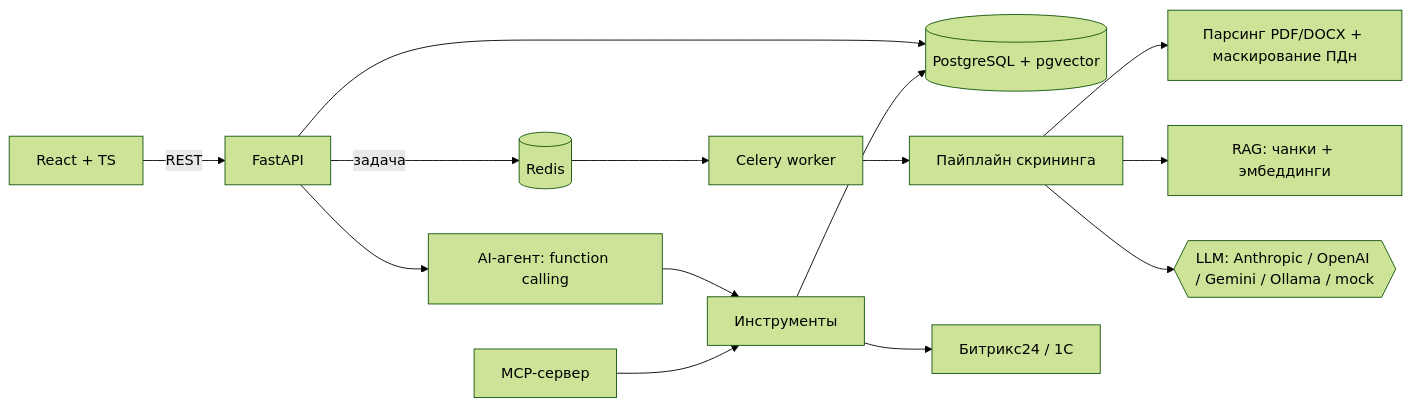
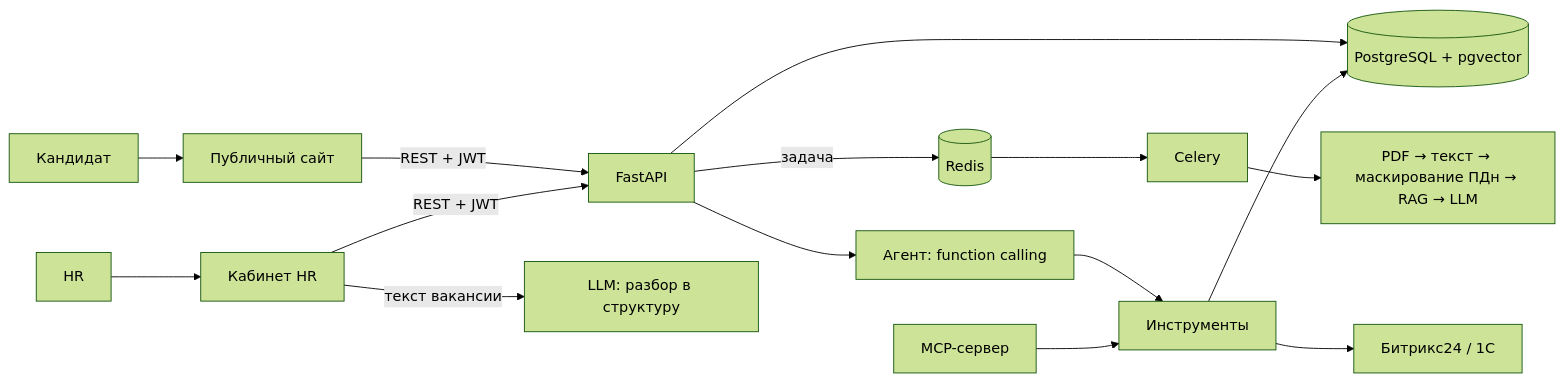
The diagram in README.md (menomarmyn/hr-screening), drawn with Mermaid (forest theme) before and after one commit. The commit also changed other lines of this file and 61 other files, not shown here.

First line of the commit message:
Двусторонний сайт: роли и права, отклики с PDF, вакансия из свободного текста, новый дизайн

````diff
--- a/README.md
+++ b/README.md
@@ -47,16 +55,13 @@
 ```mermaid
 flowchart LR
-  UI[React + TS] -->|REST| API[FastAPI]
+  C[Кандидат] --> SITE[Публичный сайт]
+  H[HR] --> CAB[Кабинет HR]
+  SITE & CAB -->|REST + JWT| API[FastAPI]
   API --> PG[(PostgreSQL + pgvector)]
-  API -->|задача| R[(Redis)]
-  R --> W[Celery worker]
-  W --> PIPE[Пайплайн скрининга]
-  PIPE --> PARSE[Парсинг PDF/DOCX + маскирование ПДн]
-  PIPE --> RAG[RAG: чанки + эмбеддинги]
-  PIPE --> LLM{{LLM: Anthropic / OpenAI / Gemini / Ollama / mock}}
-  API --> AGENT[AI-агент: function calling]
-  AGENT --> TOOLS[Инструменты]
-  MCP[MCP-сервер] --> TOOLS
-  TOOLS --> PG
+  API -->|задача| R[(Redis)] --> W[Celery]
+  W --> PIPE[PDF → текст → маскирование ПДн → RAG → LLM]
+  CAB -->|текст вакансии| PARSE[LLM: разбор в структуру]
+  API --> AGENT[Агент: function calling] --> TOOLS[Инструменты]
+  MCP[MCP-сервер] --> TOOLS --> PG
   TOOLS --> INT[Битрикс24 / 1С]
 ```
````
